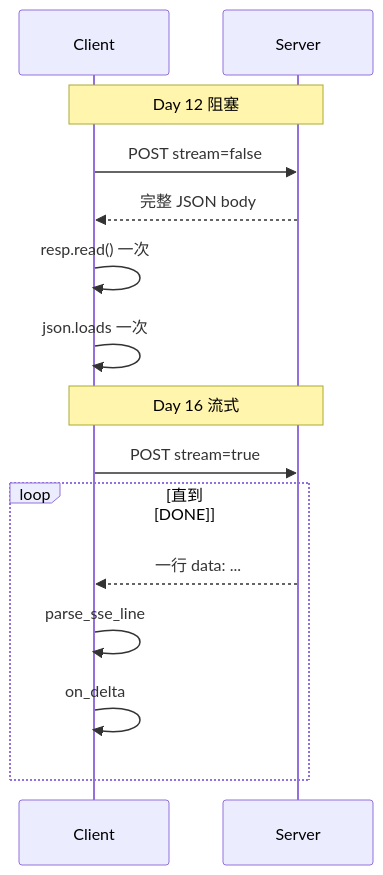
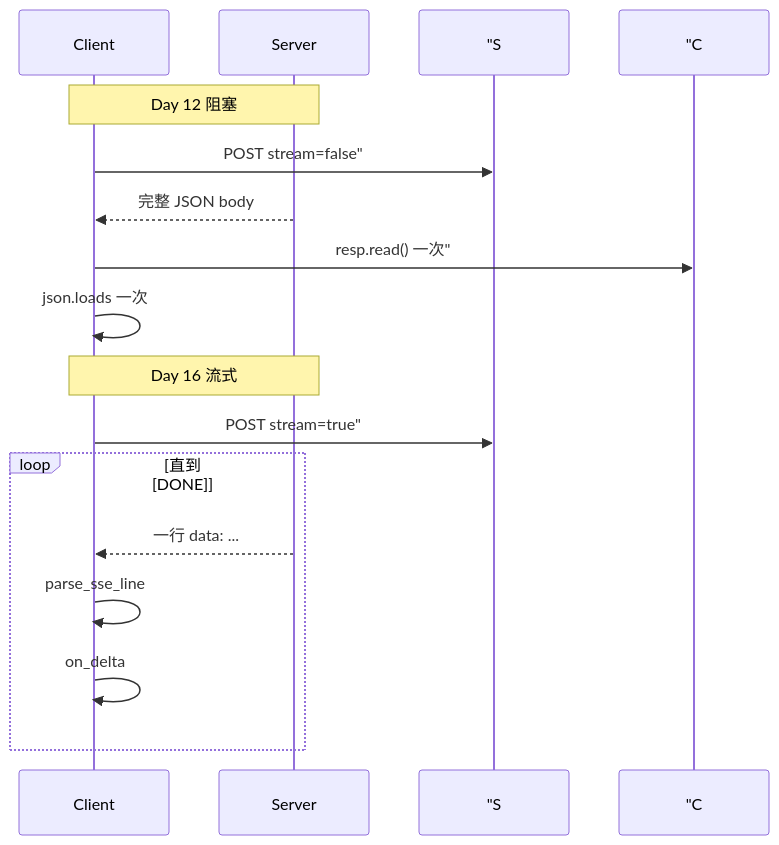
The third of 6 diagrams in course/day16/04_流程图与示意图.md (ab6539763/70_days_course_plus), drawn with Mermaid before and after one commit. The commit also changed other lines of this file and 134 other files, not shown here.

````diff
--- a/course/day16/04_流程图与示意图.md
+++ b/course/day16/04_流程图与示意图.md
@@ -63,19 +63,19 @@
 ```mermaid
 sequenceDiagram
     participant C as Client
     participant S as Server
 
     Note over C,S: Day 12 阻塞
-    C->>S: POST stream=false
+    C->> "S: POST stream=false"
     S-->>C: 完整 JSON body
-    C->>C: resp.read() 一次
+    C->> "C: resp.read() 一次"
     C->>C: json.loads 一次
 
     Note over C,S: Day 16 流式
-    C->>S: POST stream=true
+    C->> "S: POST stream=true"
     loop 直到 [DONE]
         S-->>C: 一行 data: ...
         C->>C: parse_sse_line
         C->>C: on_delta
     end
 ```
````
